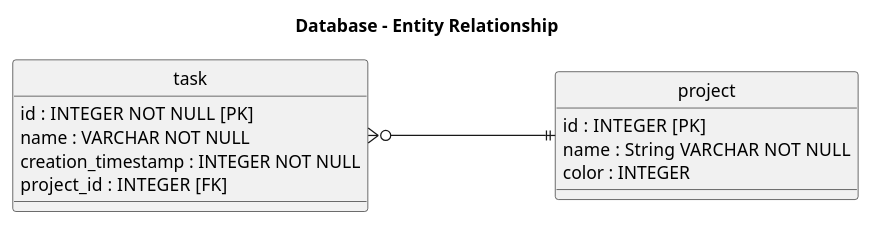
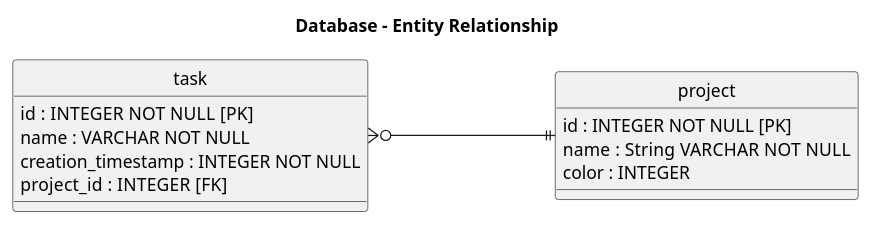
The diagram in app/src/uml/database/database_model.puml (sitatec/Todoc), drawn with PlantUML before and after one commit.

Commit message:
Update database model (uml)

```diff
--- a/app/src/uml/database/database_model.puml
+++ b/app/src/uml/database/database_model.puml
@@ -1,23 +1,23 @@
 @startuml
 
     title "Database - Entity Relationship"
 
     skinparam nodesep 150
     hide circle
 
     entity task {
         id : INTEGER NOT NULL  [PK]
         name : VARCHAR NOT NULL
         creation_timestamp : INTEGER NOT NULL
         project_id : INTEGER  [FK]
     }
 
     entity project {
-        id : INTEGER  [PK]
+        id : INTEGER NOT NULL [PK]
         name : String  VARCHAR NOT NULL
         color : INTEGER
     }
 
     task }o-|| project
 
 @enduml
```
